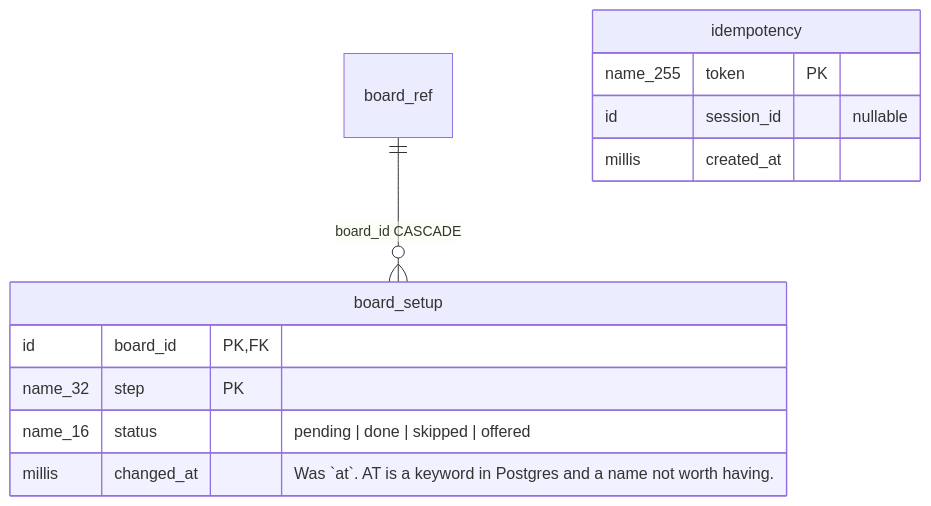
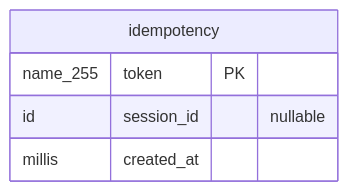
One commit to artipop/pourquoipas changed the tenth of 10 diagrams in docs/schema/erd.md. Above: the diagram before and after it, drawn with Mermaid. The commit also changed other lines of this file and 71 other files, not shown here.

````diff
--- a/docs/schema/erd.md
+++ b/docs/schema/erd.md
@@ -499,16 +498,9 @@
 ```mermaid
 erDiagram
-    board_ref ||--o{ board_setup : "board_id CASCADE"
 
     idempotency {
         name_255 token PK
         id session_id "nullable"
         millis created_at
     }
-    board_setup {
-        id board_id PK, FK
-        name_32 step PK
-        name_16 status "pending | done | skipped | offered"
-        millis changed_at "Was `at`. AT is a keyword in Postgres and a name not worth having."
-    }
 ```
````
